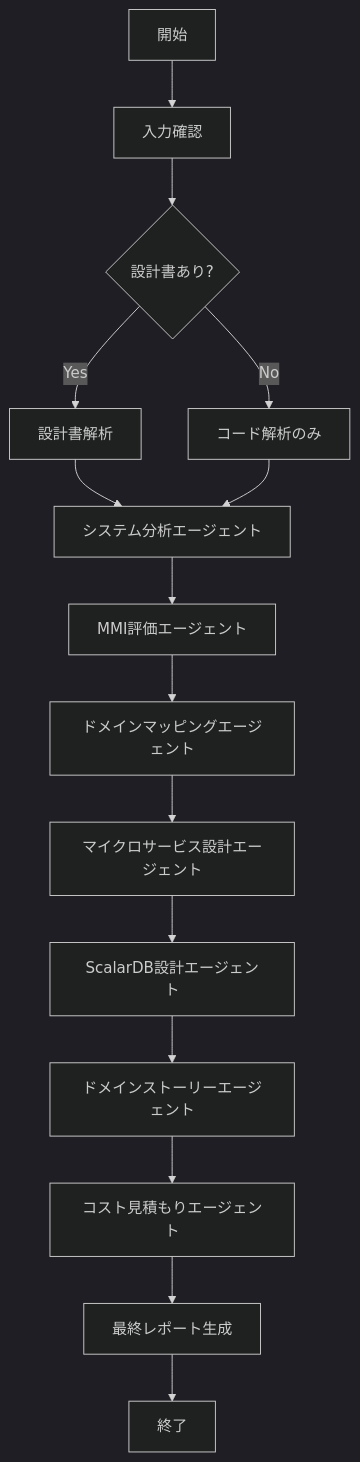
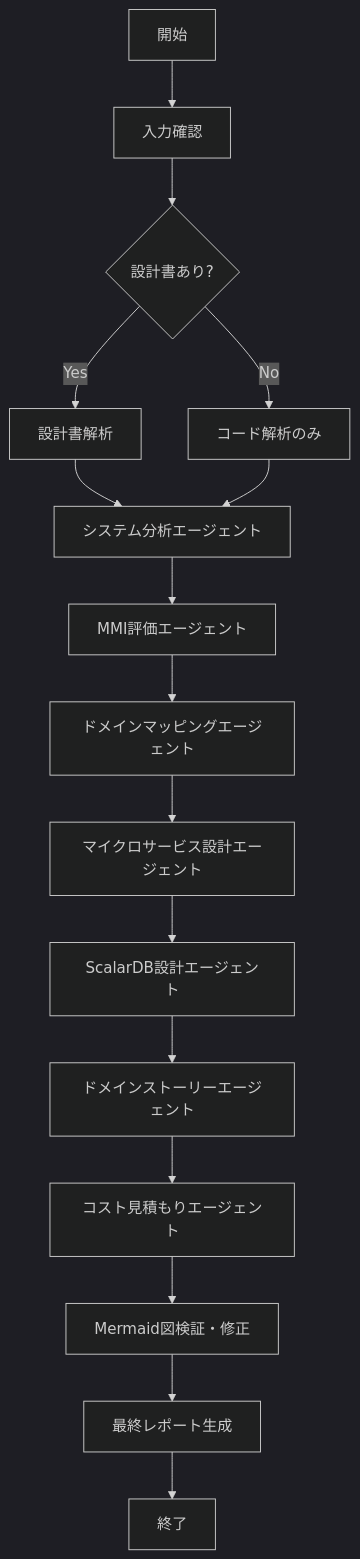
Before and after one commit to wfukatsu/rearchitect-agent: the diagram in .claude/skills/refactor-system/SKILL.md, drawn with Mermaid (dark theme). The commit also changed other lines of this file and 4 other files, not shown here.

First line of the commit message:
Add Mermaid validation step to report-generating skills

````diff
--- a/.claude/skills/refactor-system/SKILL.md
+++ b/.claude/skills/refactor-system/SKILL.md
@@ -70,17 +70,18 @@
 ```mermaid
 graph TD
     A[開始] --> B[入力確認]
     B --> C{設計書あり?}
     C -->|Yes| D[設計書解析]
     C -->|No| E[コード解析のみ]
     D --> F[システム分析エージェント]
     E --> F
     F --> G[MMI評価エージェント]
     G --> H[ドメインマッピングエージェント]
     H --> I[マイクロサービス設計エージェント]
     I --> J[ScalarDB設計エージェント]
     J --> K[ドメインストーリーエージェント]
     K --> CE[コスト見積もりエージェント]
-    CE --> L[最終レポート生成]
+    CE --> MV[Mermaid図検証・修正]
+    MV --> L[最終レポート生成]
     L --> M[終了]
 ```
````
